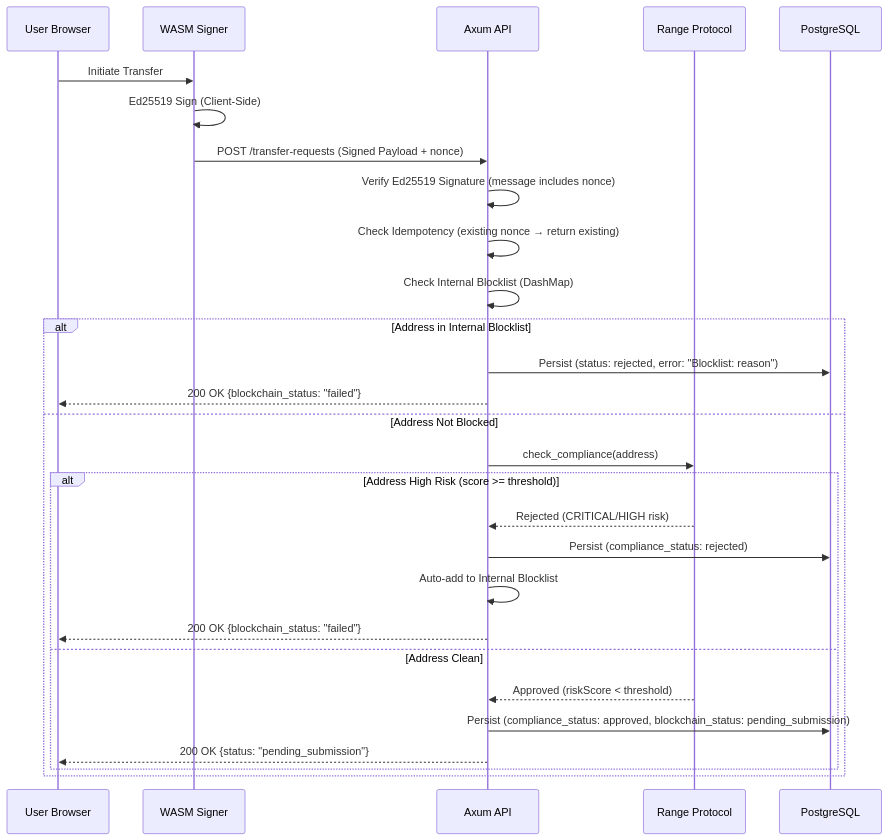
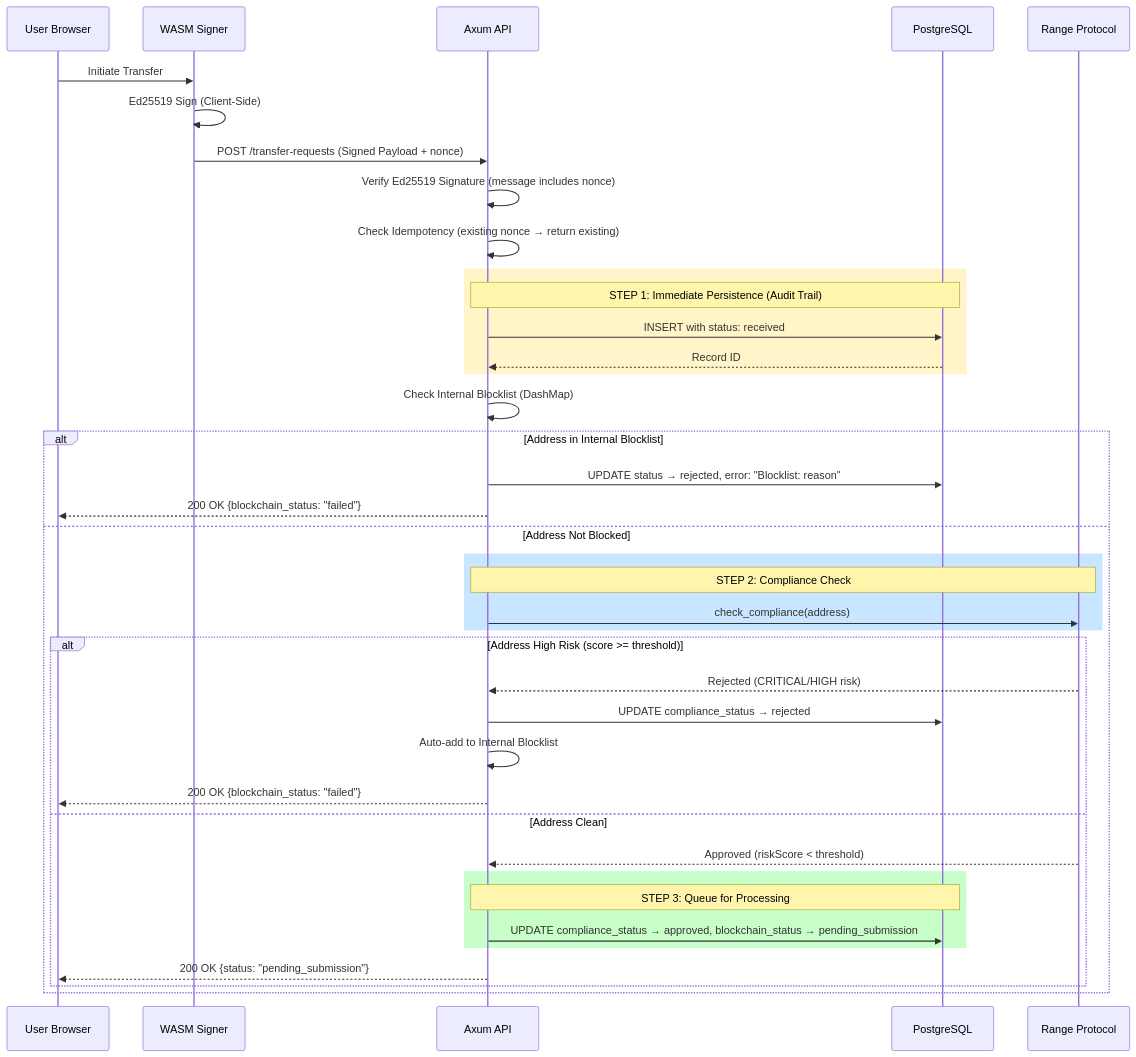
One commit to Berektassuly/solana-compliance-relayer changed the first of 2 diagrams in docs/ARCHITECTURE.md. Above: the diagram before and after it, drawn with Mermaid. The commit also changed other lines of this file and 8 other files, not shown here.

First line of the commit message:
feat: implement enterprise reliability architecture & active polling

````diff
--- a/docs/ARCHITECTURE.md
+++ b/docs/ARCHITECTURE.md
@@ -102,33 +116,47 @@
 ```mermaid
 sequenceDiagram
     participant User as User Browser
     participant WASM as WASM Signer
     participant API as Axum API
+    participant DB as PostgreSQL
     participant Range as Range Protocol
-    participant DB as PostgreSQL
 
     User->>WASM: Initiate Transfer
     WASM->>WASM: Ed25519 Sign (Client-Side)
     WASM->>API: POST /transfer-requests (Signed Payload + nonce)
     
     API->>API: Verify Ed25519 Signature (message includes nonce)
     API->>API: Check Idempotency (existing nonce → return existing)
+    
+    rect rgb(255, 245, 200)
+        Note over API,DB: STEP 1: Immediate Persistence (Audit Trail)
+        API->>DB: INSERT with status: received
+        DB-->>API: Record ID
+    end
+    
     API->>API: Check Internal Blocklist (DashMap)
     
     alt Address in Internal Blocklist
-        API->>DB: Persist (status: rejected, error: "Blocklist: reason")
+        API->>DB: UPDATE status → rejected, error: "Blocklist: reason"
         API-->>User: 200 OK {blockchain_status: "failed"}
     else Address Not Blocked
-        API->>Range: check_compliance(address)
+        rect rgb(200, 230, 255)
+            Note over API,Range: STEP 2: Compliance Check
+            API->>Range: check_compliance(address)
+        end
+        
         alt Address High Risk (score >= threshold)
             Range-->>API: Rejected (CRITICAL/HIGH risk)
-            API->>DB: Persist (compliance_status: rejected)
+            API->>DB: UPDATE compliance_status → rejected
             API->>API: Auto-add to Internal Blocklist
             API-->>User: 200 OK {blockchain_status: "failed"}
         else Address Clean
             Range-->>API: Approved (riskScore < threshold)
-            API->>DB: Persist (compliance_status: approved, blockchain_status: pending_submission)
+            rect rgb(200, 255, 200)
+                Note over API,DB: STEP 3: Queue for Processing
+                API->>DB: UPDATE compliance_status → approved, blockchain_status → pending_submission
+            end
             API-->>User: 200 OK {status: "pending_submission"}
         end
     end
 ```
````
